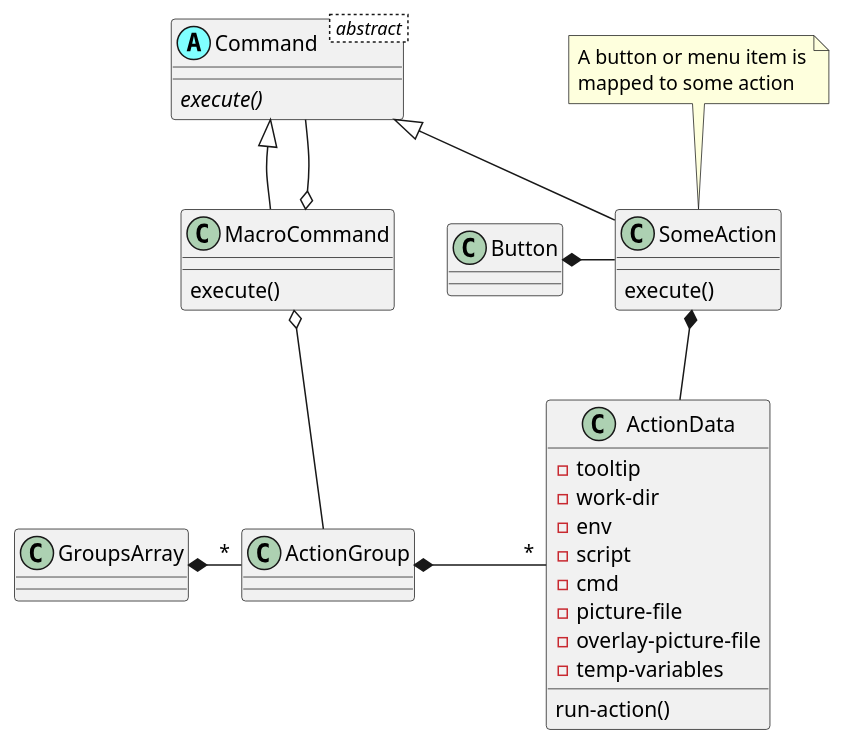
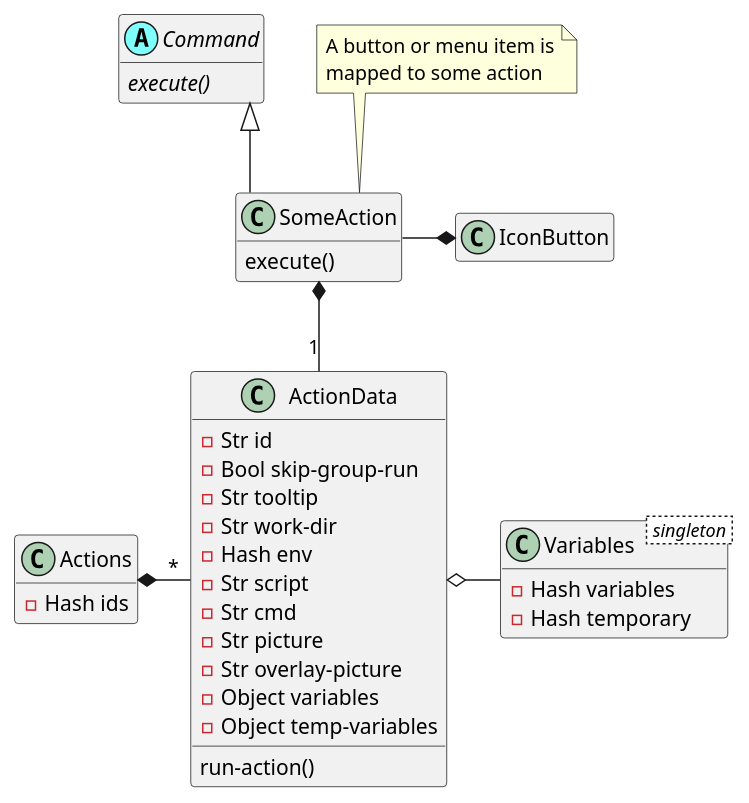
Before and after one commit to MARTIMM/SessionManager: the first of 2 diagrams in doc/dispatcher.md, drawn with PlantUML. The commit also changed other lines of this file, not shown here.

Commit message:
diagrams

````diff
--- a/doc/dispatcher.md
+++ b/doc/dispatcher.md
@@ -41,56 +44,56 @@
 ```plantuml
 @startuml
 
 'scale 0.8
 
 skinparam packageStyle rectangle
 skinparam stereotypeCBackgroundColor #80ffff
+skinparam linetype ortho
+
 set namespaceSeparator ::
-'hide members
+hide empty  members
 'hide attributes
 
-class Command < abstract >  <<(A,#80ffff)>> {
+abstract class Command <<(A,#80ffff)>> {
   {abstract} execute()
 }
 
 note "A button or menu item is\nmapped to some action" as N1
 class SomeAction {
   execute()
 }
 N1 ..SomeAction
 
-class MacroCommand {
-  execute()
+class Variables < singleton > {
+  - Hash variables
+  - Hash temporary
 }
 
-class ActionGroup {
+class Actions {
+  - Hash ids
 }
 
 class ActionData {
-  - tooltip
-  - work-dir
-  - env
-  - script
-  - cmd
-  - picture-file
-  - overlay-picture-file
-  - temp-variables
+  - Str id
+  - Bool skip-group-run
+  - Str tooltip
+  - Str work-dir
+  - Hash env
+  - Str script
+  - Str cmd
+  - Str picture
+  - Str overlay-picture
+  - Object variables
+  - Object temp-variables
 
   run-action()
 }
 
+Actions *- "*" ActionData
+Command <|-- SomeAction
+SomeAction *-- "1" ActionData
+ActionData o- Variables
+SomeAction -* IconButton
 
-
-Command <|-- SomeAction
-Command <|-- MacroCommand
-
-SomeAction *-- ActionData
-ActionGroup *- "*" ActionData
-MacroCommand  o-- Command
-MacroCommand  o-- ActionGroup
-
-
-Button *- SomeAction
-GroupsArray *- "*" ActionGroup
 @enduml
 ```
````
